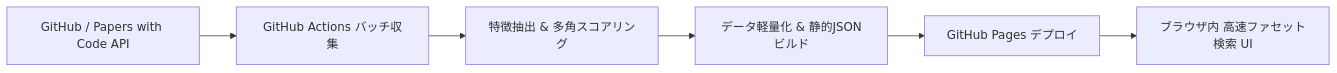
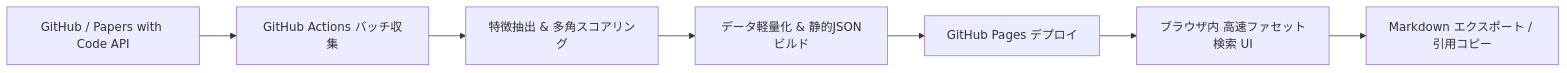
One commit to xzyozi/ScholarRepo-Finder changed the diagram in README.md. Above: the diagram before and after it, drawn with Mermaid. The commit also changed other lines of this file and 3 other files, not shown here.

````diff
--- a/README.md
+++ b/README.md
@@ -23,8 +24,9 @@
 ```mermaid
 flowchart LR
     A[GitHub / Papers with Code API] --> B[GitHub Actions バッチ収集]
     B --> C[特徴抽出 & 多角スコアリング]
     C --> D[データ軽量化 & 静的JSONビルド]
     D --> E[GitHub Pages デプロイ]
     E --> F[ブラウザ内 高速ファセット検索 UI]
+    F --> G[Markdown エクスポート / 引用コピー]
 ```
````
